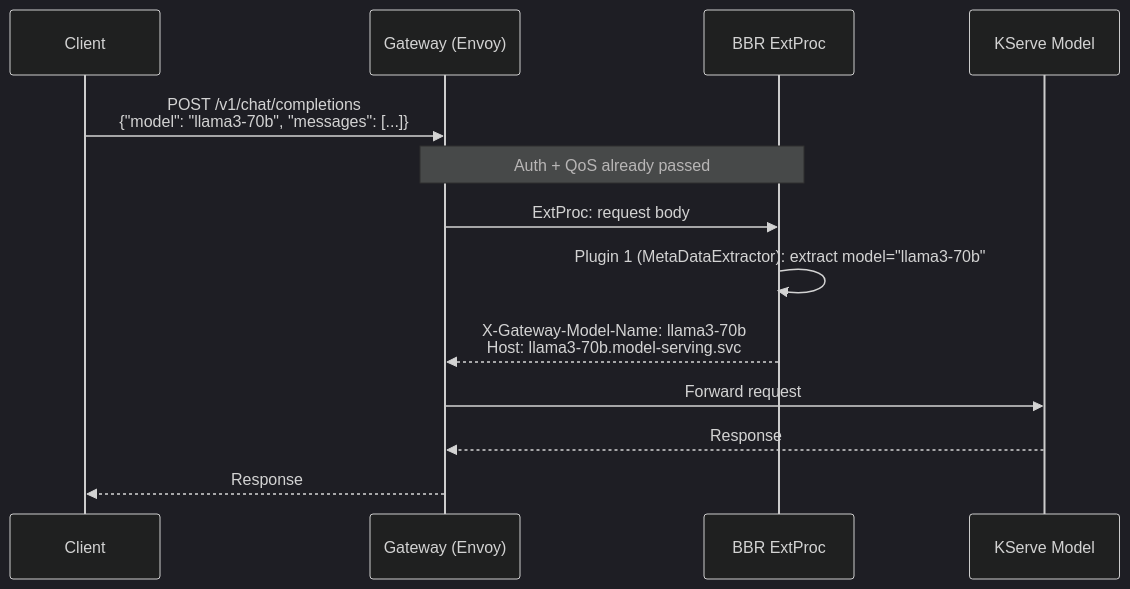
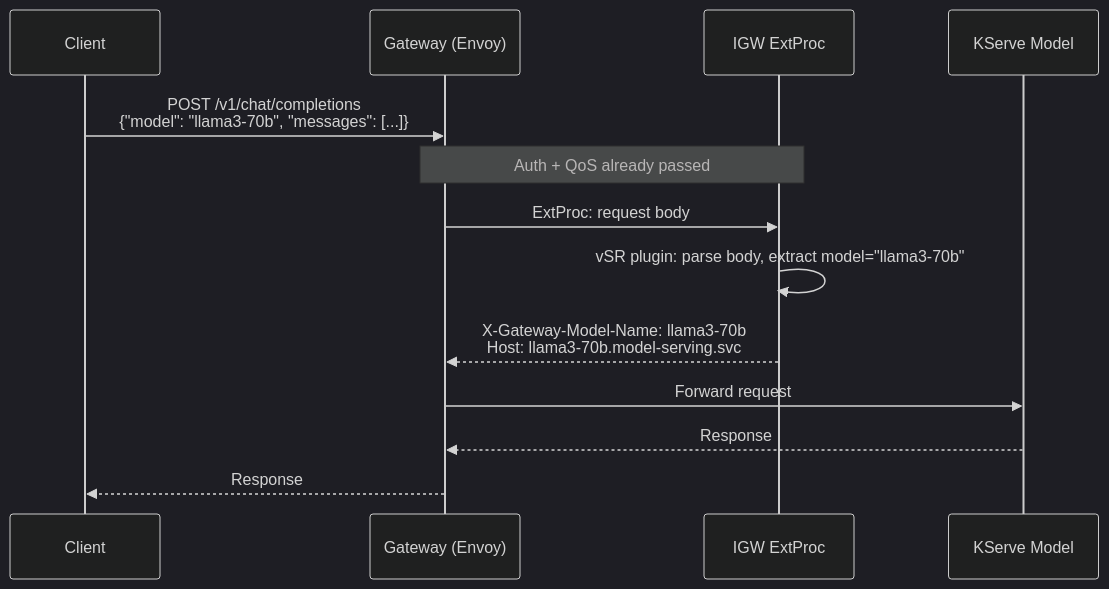
Before and after one commit to noyitz/maas-designs: the second of 2 diagrams in vsr-maas-integration/phase-1-design-v1.2.md, drawn with Mermaid (dark theme). The commit also changed other lines of this file, not shown here.

````diff
--- a/vsr-maas-integration/phase-1-design-v1.2.md
+++ b/vsr-maas-integration/phase-1-design-v1.2.md
@@ -225,18 +226,18 @@
 ```mermaid
 sequenceDiagram
     participant Client
     participant Gateway as Gateway (Envoy)
-    participant BBR as BBR ExtProc
+    participant BBR as IGW ExtProc
     participant KServe as KServe Model
 
     Client->>Gateway: POST /v1/chat/completions<br/>{"model": "llama3-70b", "messages": [...]}
 
     Note over Gateway,BBR: Auth + QoS already passed
     Gateway->>BBR: ExtProc: request body
-    BBR->>BBR: Plugin 1 (MetaDataExtractor): extract model="llama3-70b"
+    BBR->>BBR: vSR plugin: parse body, extract model="llama3-70b"
     BBR-->>Gateway: X-Gateway-Model-Name: llama3-70b<br/>Host: llama3-70b.model-serving.svc
 
     Gateway->>KServe: Forward request
     KServe-->>Gateway: Response
     Gateway-->>Client: Response
 ```
````
